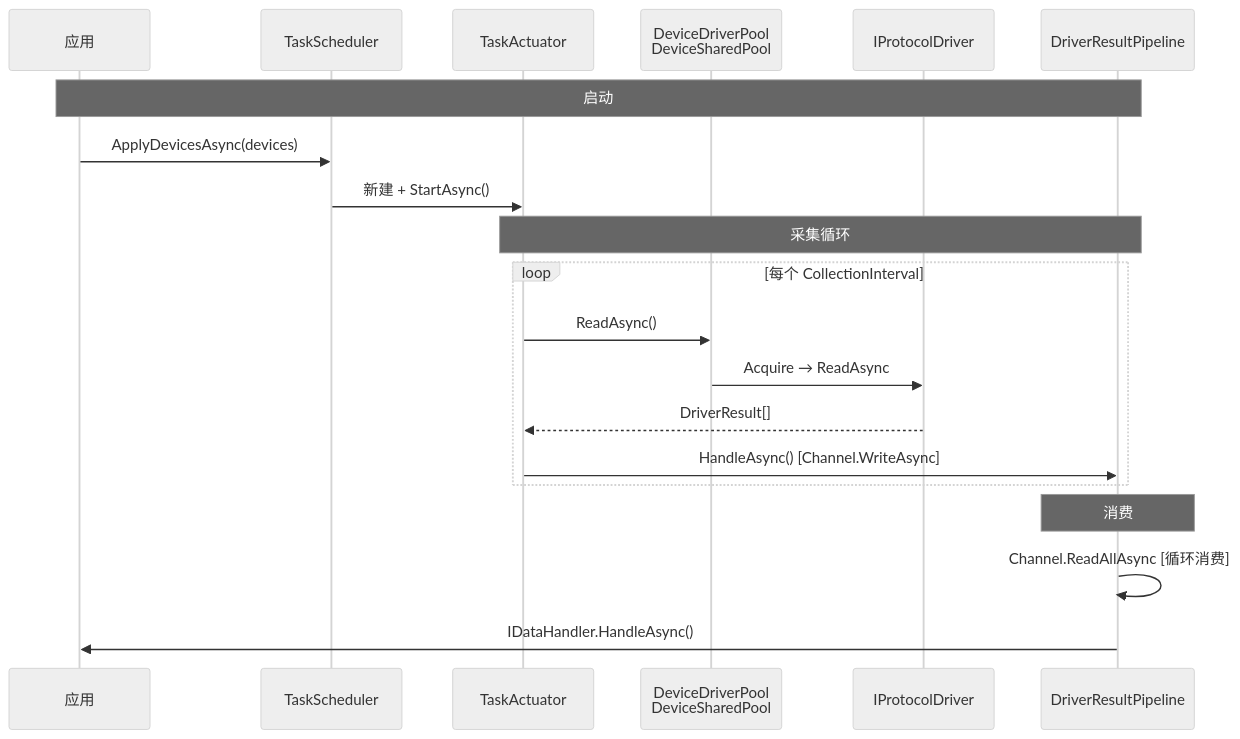
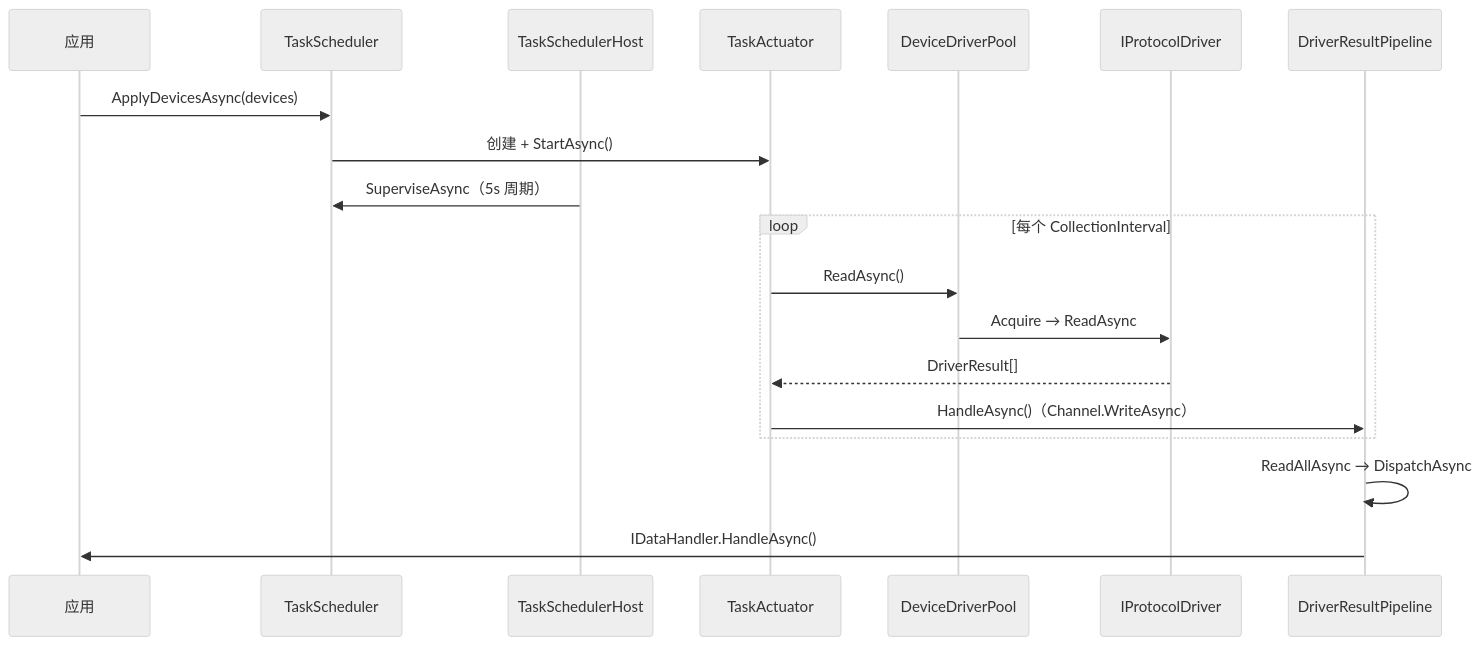
The second of 3 diagrams in DEVELOPMENT.md (justinzhou0928/Plc-Library), drawn with Mermaid before and after one commit. The commit also changed other lines of this file and 64 other files, not shown here.

````diff
--- a/DEVELOPMENT.md
+++ b/DEVELOPMENT.md
@@ -37,26 +40,23 @@
 ```mermaid
 %%{init: {'theme': 'neutral'}}%%
 sequenceDiagram
     participant App as 应用
     participant S as TaskScheduler
+    participant H as TaskSchedulerHost
     participant A as TaskActuator
-    participant P as DeviceDriverPool<br/>DeviceSharedPool
+    participant P as DeviceDriverPool
     participant D as IProtocolDriver
     participant PL as DriverResultPipeline
 
-    Note over App,PL: 启动
     App->>S: ApplyDevicesAsync(devices)
-    S->>A: 新建 + StartAsync()
-
-    Note over A,PL: 采集循环
+    S->>A: 创建 + StartAsync()
+    H->>S: SuperviseAsync（5s 周期）
     loop 每个 CollectionInterval
         A->>P: ReadAsync()
         P->>D: Acquire → ReadAsync
         D-->>A: DriverResult[]
-        A->>PL: HandleAsync() [Channel.WriteAsync]
+        A->>PL: HandleAsync()（Channel.WriteAsync）
     end
-
-    Note over PL: 消费
-    PL->>PL: Channel.ReadAllAsync [循环消费]
+    PL->>PL: ReadAllAsync → DispatchAsync
     PL->>App: IDataHandler.HandleAsync()
 ```
````
